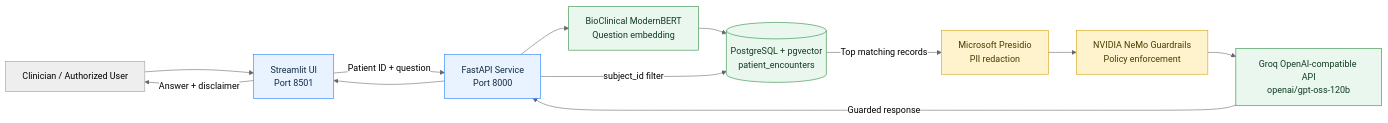
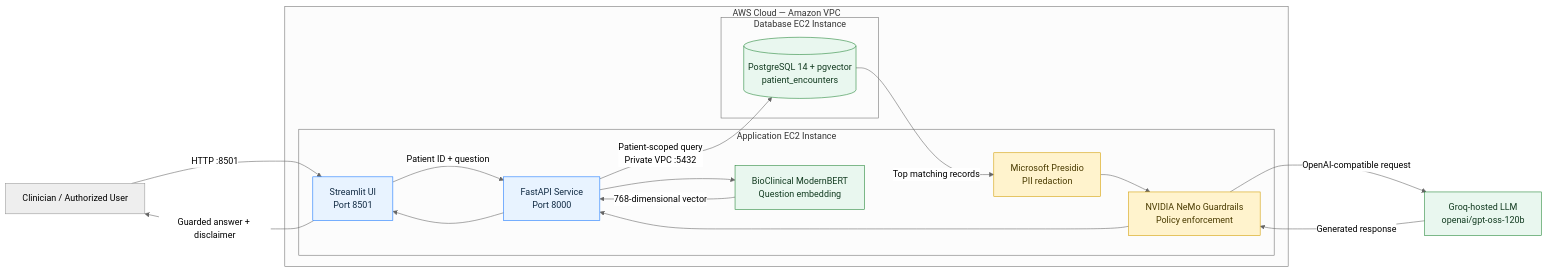
Before and after one commit to tejasrs77/EHR-Insight-and-clinical-validator: the diagram in README.md, drawn with Mermaid (neutral theme). The commit also changed other lines of this file, not shown here.

Commit message:
docs: add project README and architecture flowchart

````diff
--- a/README.md
+++ b/README.md
@@ -36,22 +38,37 @@
 ```mermaid
 flowchart LR
-    U["Clinician / Authorized User"] --> UI["Streamlit UI<br/>Port 8501"]
-    UI -->|"Patient ID + question"| API["FastAPI Service<br/>Port 8000"]
+    USER["Clinician / Authorized User"] -->|"HTTP :8501"| UI
 
-    API --> EMB["BioClinical ModernBERT<br/>Question embedding"]
-    EMB --> DB[("PostgreSQL + pgvector<br/>patient_encounters")]
-    API -->|"subject_id filter"| DB
-    DB -->|"Top matching records"| PII["Microsoft Presidio<br/>PII redaction"]
-    PII --> GR["NVIDIA NeMo Guardrails<br/>Policy enforcement"]
-    GR --> LLM["Groq OpenAI-compatible API<br/>openai/gpt-oss-120b"]
-    LLM -->|"Guarded response"| API
+    subgraph AWS["AWS Cloud — Amazon VPC"]
+        subgraph APP["Application EC2 Instance"]
+            UI["Streamlit UI<br/>Port 8501"]
+            API["FastAPI Service<br/>Port 8000"]
+            EMB["BioClinical ModernBERT<br/>Question embedding"]
+            PII["Microsoft Presidio<br/>PII redaction"]
+            GR["NVIDIA NeMo Guardrails<br/>Policy enforcement"]
+        end
+
+        subgraph DATA["Database EC2 Instance"]
+            DB[("PostgreSQL 14 + pgvector<br/>patient_encounters")]
+        end
+    end
+
+    UI -->|"Patient ID + question"| API
+    API --> EMB
+    EMB -->|"768-dimensional vector"| API
+    API -->|"Patient-scoped query<br/>Private VPC :5432"| DB
+    DB -->|"Top matching records"| PII
+    PII --> GR
+    GR -->|"OpenAI-compatible request"| LLM["Groq-hosted LLM<br/>openai/gpt-oss-120b"]
+    LLM -->|"Generated response"| GR
+    GR --> API
     API --> UI
-    UI -->|"Answer + disclaimer"| U
+    UI -->|"Guarded answer + disclaimer"| USER
 
     classDef interface fill:#e8f3ff,stroke:#1677ff,color:#102a43
     classDef security fill:#fff3cd,stroke:#d39e00,color:#4a3b00
     classDef data fill:#e9f7ef,stroke:#238636,color:#123b20
     class UI,API interface
     class PII,GR security
     class EMB,DB,LLM data
 ```
````
